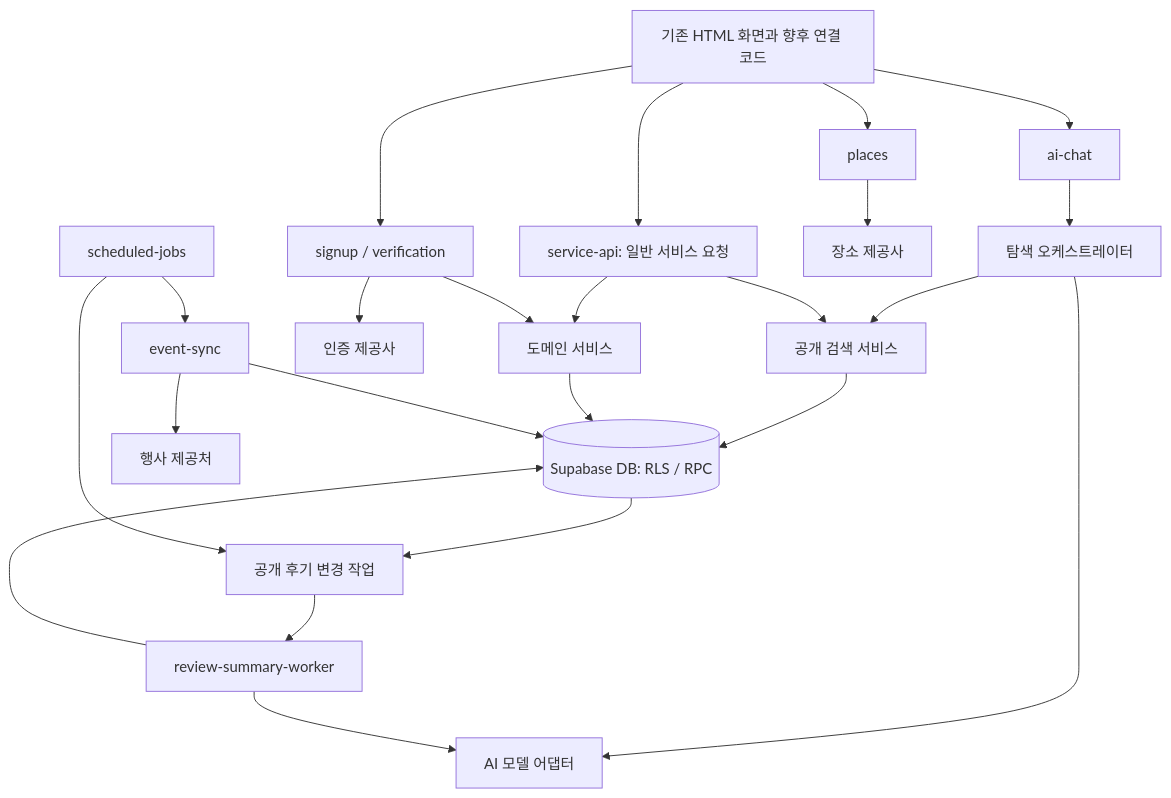
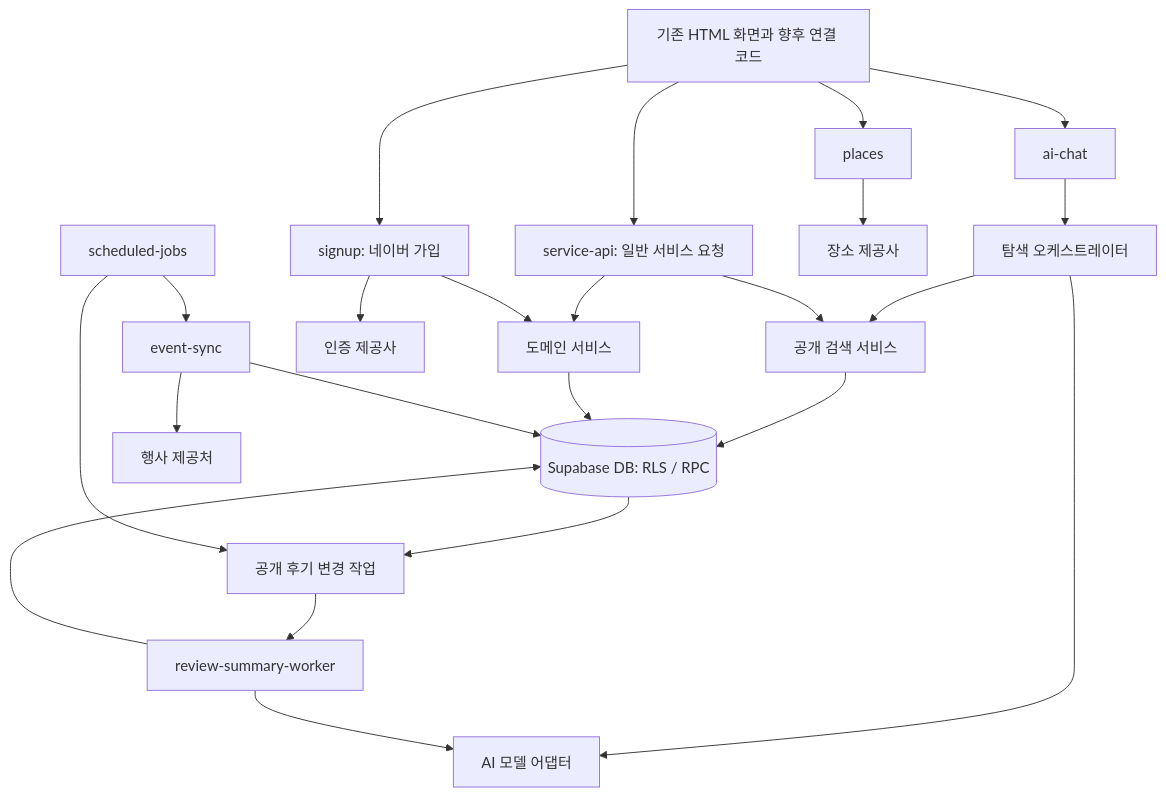
One commit to cumaciki0317-sys/yumidang changed the diagram in PLAN_상세설계.md. Above: the diagram before and after it, drawn with Mermaid. The commit also changed other lines of this file and 109 other files, not shown here.

````diff
--- a/PLAN_상세설계.md
+++ b/PLAN_상세설계.md
@@ -44,25 +22,25 @@
 ```mermaid
 flowchart TD
     UI[기존 HTML 화면과 향후 연결 코드] --> API[service-api: 일반 서비스 요청]
-    UI --> AUTH[signup / verification]
+    UI --> AUTH[signup: 네이버 가입]
     UI --> CHAT[ai-chat]
     UI --> PLACE[places]
     API --> SERVICES[도메인 서비스]
     AUTH --> SERVICES
     CHAT --> ORCH[탐색 오케스트레이터]
     ORCH --> SEARCH[공개 검색 서비스]
     API --> SEARCH
     SEARCH --> DB[(Supabase DB: RLS / RPC)]
     SERVICES --> DB
     AUTH --> EXT[인증 제공사]
     PLACE --> MAP[장소 제공사]
     ORCH --> MODEL[AI 모델 어댑터]
     DB --> JOBS[공개 후기 변경 작업]
     SCHED[scheduled-jobs] --> JOBS
     JOBS --> WORKER[review-summary-worker]
     WORKER --> MODEL
     WORKER --> DB
     SCHED --> EVENTS[event-sync]
     EVENTS --> SOURCES[행사 제공처]
     EVENTS --> DB
 ```
````
